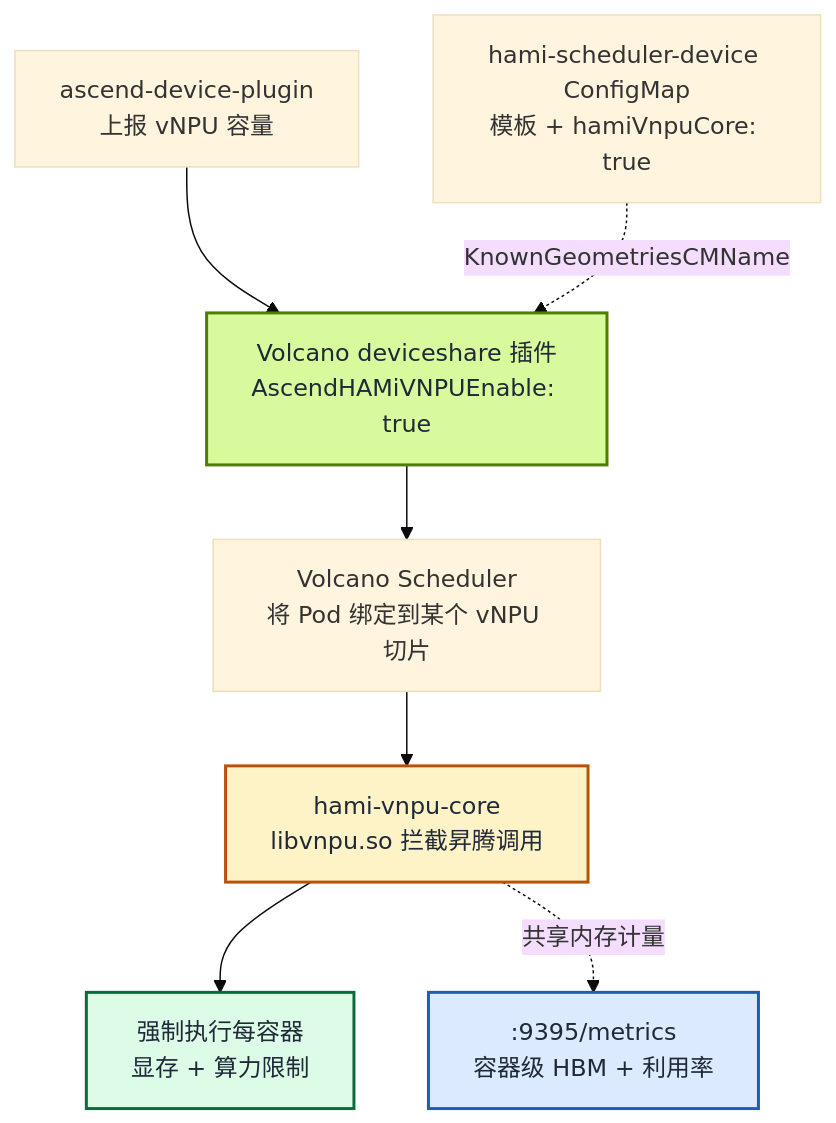
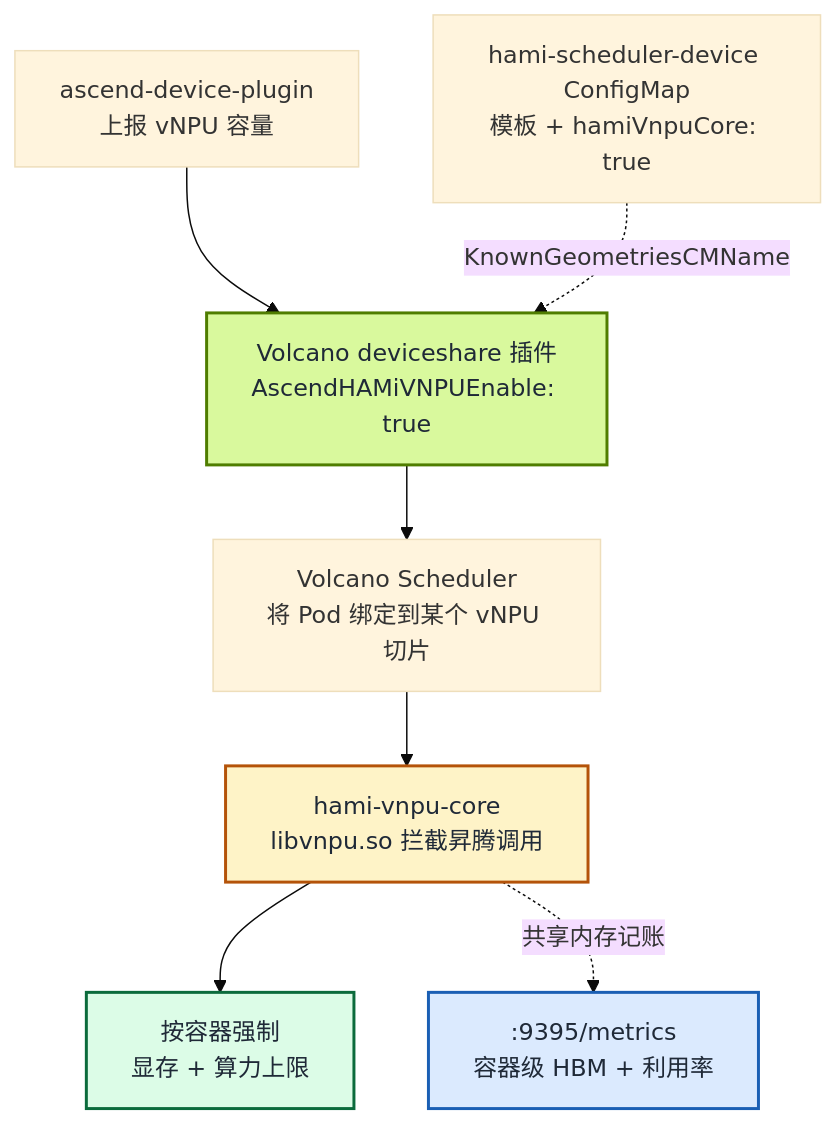
One commit to Project-HAMi/website changed the diagram in i18n/zh/docusaurus-plugin-content-blog/volcano-ascend-vnpu-soft-slicing/index.md. Above: the diagram before and after it, drawn with Mermaid (base theme). The commit also changed other lines of this file and 12 other files, not shown here.

````diff
--- a/i18n/zh/docusaurus-plugin-content-blog/volcano-ascend-vnpu-soft-slicing/index.md
+++ b/i18n/zh/docusaurus-plugin-content-blog/volcano-ascend-vnpu-soft-slicing/index.md
@@ -33,21 +43,21 @@
 ```mermaid
 %% title: Volcano HAMi 模式昇腾 vNPU 软切分链路
 graph TD
     CAP["ascend-device-plugin<br/>上报 vNPU 容量"]
     CM["hami-scheduler-device ConfigMap<br/>模板 + hamiVnpuCore: true"]
     VOL["Volcano deviceshare 插件<br/>AscendHAMiVNPUEnable: true"]
     SCHD["Volcano Scheduler<br/>将 Pod 绑定到某个 vNPU 切片"]
     HOOK["hami-vnpu-core<br/>libvnpu.so 拦截昇腾调用"]
-    ENF["强制执行每容器<br/>显存 + 算力限制"]
+    ENF["按容器强制<br/>显存 + 算力上限"]
     MON[":9395/metrics<br/>容器级 HBM + 利用率"]
 
     CAP --> VOL
     CM -. "KnownGeometriesCMName" .-> VOL
     VOL --> SCHD --> HOOK --> ENF
-    HOOK -. "共享内存计量" .-> MON
+    HOOK -. "共享内存记账" .-> MON
 
     style VOL fill:#d9f99d,stroke:#4f7d00,stroke-width:2px,color:#1f2937
     style HOOK fill:#fef3c7,stroke:#b45309,stroke-width:2px,color:#1f2937
     style ENF fill:#dcfce7,stroke:#0b6b3c,stroke-width:2px,color:#1f2937
     style MON fill:#dbeafe,stroke:#1a5fb4,stroke-width:2px,color:#1f2937
 ```
````
